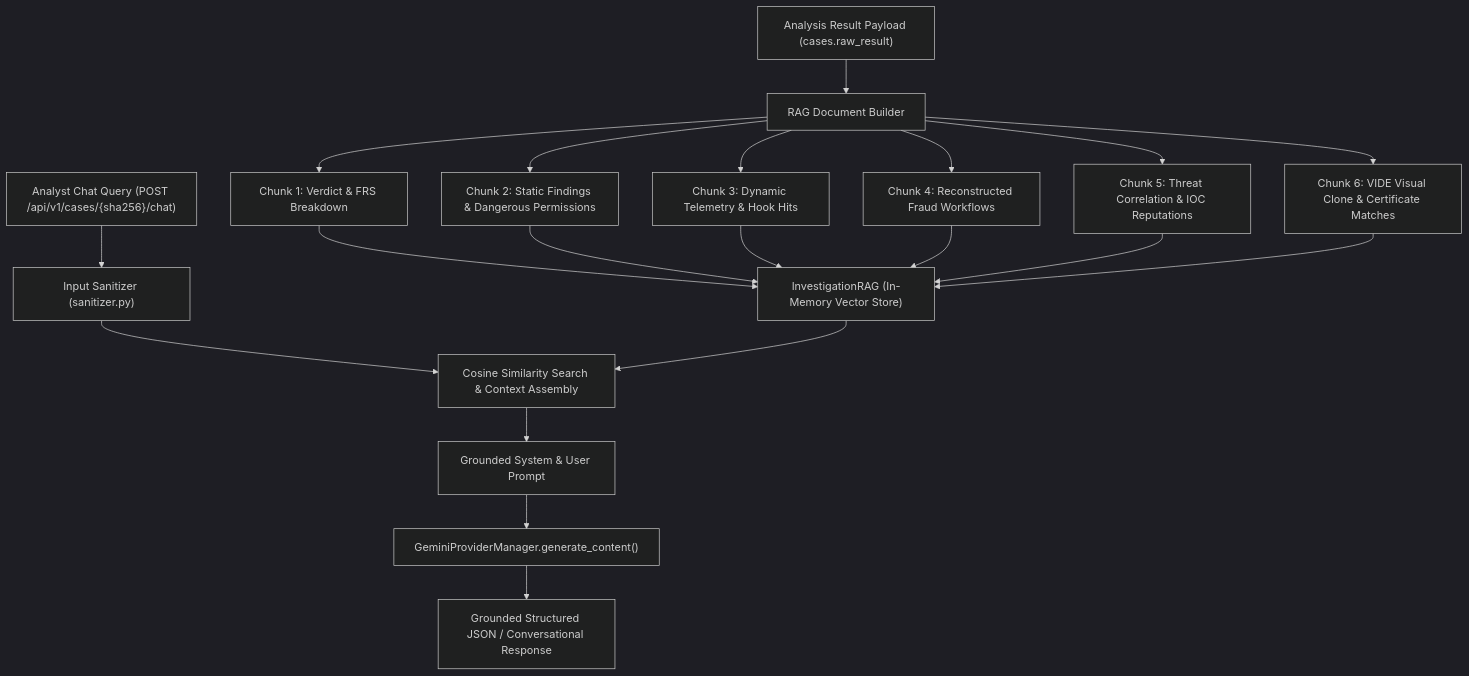
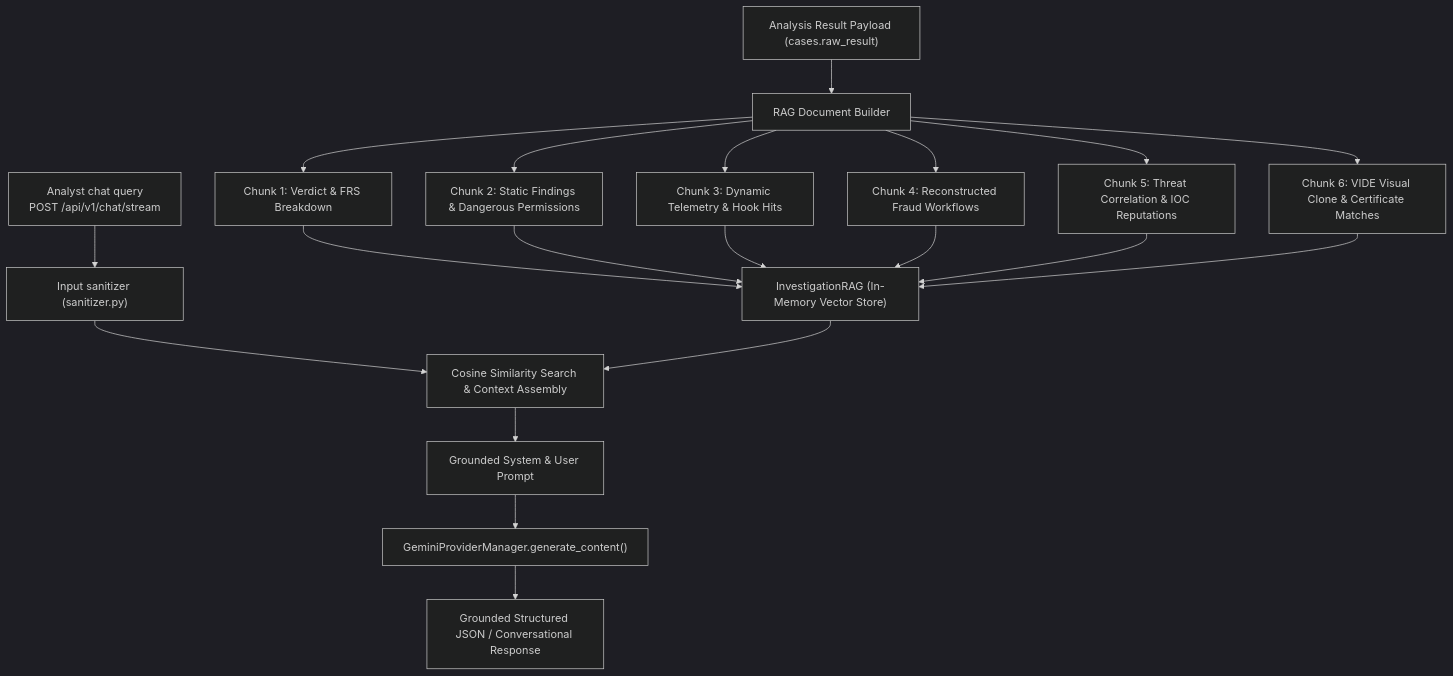
The first of 2 diagrams in docs/architecture/05_AI_INVESTIGATION_ENGINE.md (SanTiwari07/Sudarshan), drawn with Mermaid (dark theme) before and after one commit. The commit also changed 41 other files, not shown here.

Commit message:
add comprehensive architectural documentation and project structure scaffolding

````diff
--- a/docs/architecture/05_AI_INVESTIGATION_ENGINE.md
+++ b/docs/architecture/05_AI_INVESTIGATION_ENGINE.md
@@ -35,20 +35,20 @@
 ```mermaid
 graph TD
     CASE["Analysis Result Payload (cases.raw_result)"] --> BUILDER["RAG Document Builder"]
 
     BUILDER --> C1["Chunk 1: Verdict & FRS Breakdown"]
     BUILDER --> C2["Chunk 2: Static Findings & Dangerous Permissions"]
     BUILDER --> C3["Chunk 3: Dynamic Telemetry & Hook Hits"]
     BUILDER --> C4["Chunk 4: Reconstructed Fraud Workflows"]
     BUILDER --> C5["Chunk 5: Threat Correlation & IOC Reputations"]
     BUILDER --> C6["Chunk 6: VIDE Visual Clone & Certificate Matches"]
 
     C1 & C2 & C3 & C4 & C5 & C6 --> INDEX["InvestigationRAG (In-Memory Vector Store)"]
 
-    USER_Q["Analyst Chat Query (POST /api/v1/cases/{sha256}/chat)"] --> SANITIZE["Input Sanitizer (sanitizer.py)"]
+    USER_Q["Analyst chat query<br/>POST /api/v1/chat/stream"] --> SANITIZE["Input sanitizer (sanitizer.py)"]
     SANITIZE --> COSINE["Cosine Similarity Search & Context Assembly"]
     INDEX --> COSINE
     COSINE --> PROMPT["Grounded System & User Prompt"]
     PROMPT --> GEMINI["GeminiProviderManager.generate_content()"]
     GEMINI --> RESP["Grounded Structured JSON / Conversational Response"]
 ```
````
